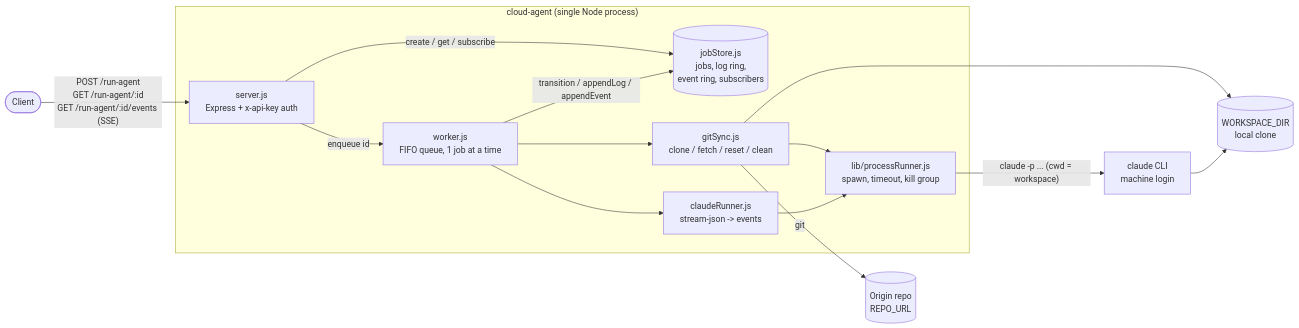
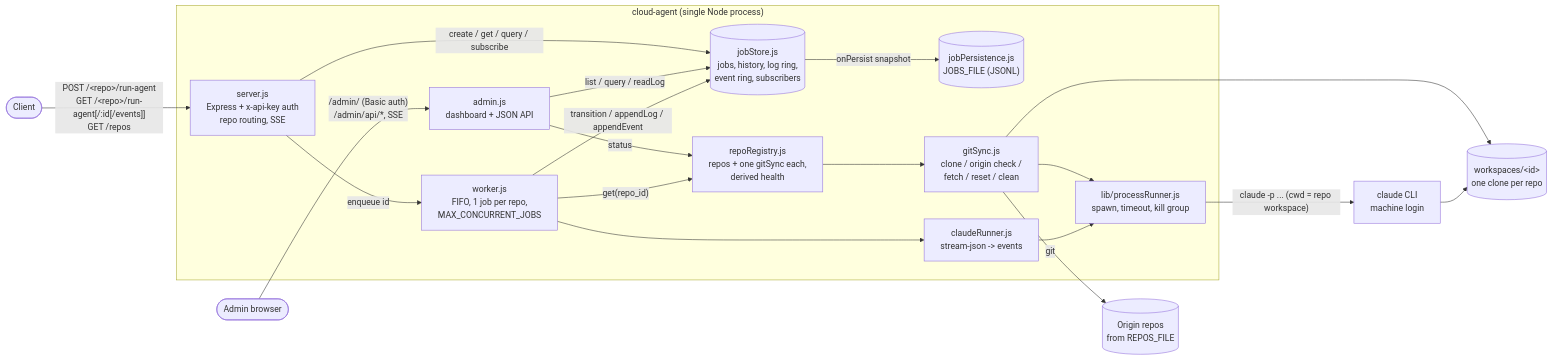
Before and after one commit to buitahau/cloud-agent: the first of 3 diagrams in docs/architecture/ARCHITECTURE.md, drawn with Mermaid. The commit also changed other lines of this file and 30 other files, not shown here.

First line of the commit message:
Add multi-repo support, job persistence and admin dashboard

````diff
--- a/docs/architecture/ARCHITECTURE.md
+++ b/docs/architecture/ARCHITECTURE.md
@@ -11,25 +12,33 @@
 ```mermaid
 flowchart LR
-    Client([Client]) -->|"POST /run-agent<br/>GET /run-agent/:id<br/>GET /run-agent/:id/events (SSE)"| Server
+    Client([Client]) -->|"POST /&lt;repo&gt;/run-agent<br/>GET /&lt;repo&gt;/run-agent[/:id[/events]]<br/>GET /repos"| Server
+    Admin([Admin browser]) -->|"/admin/ (Basic auth)<br/>/admin/api/*, SSE"| AdminR
 
     subgraph Service["cloud-agent (single Node process)"]
-        Server["server.js<br/>Express + x-api-key auth"]
-        Store[("jobStore.js<br/>jobs, log ring,<br/>event ring, subscribers")]
-        Worker["worker.js<br/>FIFO queue, 1 job at a time"]
-        Git["gitSync.js<br/>clone / fetch / reset / clean"]
+        Server["server.js<br/>Express + x-api-key auth<br/>repo routing, SSE"]
+        AdminR["admin.js<br/>dashboard + JSON API"]
+        Store[("jobStore.js<br/>jobs, history, log ring,<br/>event ring, subscribers")]
+        Persist[("jobPersistence.js<br/>JOBS_FILE (JSONL)")]
+        Worker["worker.js<br/>FIFO, 1 job per repo,<br/>MAX_CONCURRENT_JOBS"]
+        Registry["repoRegistry.js<br/>repos + one gitSync each,<br/>derived health"]
+        Git["gitSync.js<br/>clone / origin check /<br/>fetch / reset / clean"]
         Runner["claudeRunner.js<br/>stream-json -> events"]
         Proc["lib/processRunner.js<br/>spawn, timeout, kill group"]
     end
 
-    Server -->|create / get / subscribe| Store
+    Server -->|create / get / query / subscribe| Store
     Server -->|enqueue id| Worker
+    AdminR -->|list / query / readLog| Store
+    AdminR -->|status| Registry
+    Store -->|onPersist snapshot| Persist
     Worker -->|transition / appendLog / appendEvent| Store
-    Worker --> Git
+    Worker -->|"get(repo_id)"| Registry
+    Registry --> Git
     Worker --> Runner
     Git --> Proc
     Runner --> Proc
-    Git -->|git| Origin[(Origin repo<br/>REPO_URL)]
-    Git --> WS[("WORKSPACE_DIR<br/>local clone")]
-    Proc -->|"claude -p ... (cwd = workspace)"| CLI["claude CLI<br/>machine login"]
+    Git -->|git| Origin[(Origin repos<br/>from REPOS_FILE)]
+    Git --> WS[("workspaces/&lt;id&gt;<br/>one clone per repo")]
+    Proc -->|"claude -p ... (cwd = repo workspace)"| CLI["claude CLI<br/>machine login"]
     CLI --> WS
 ```
````
